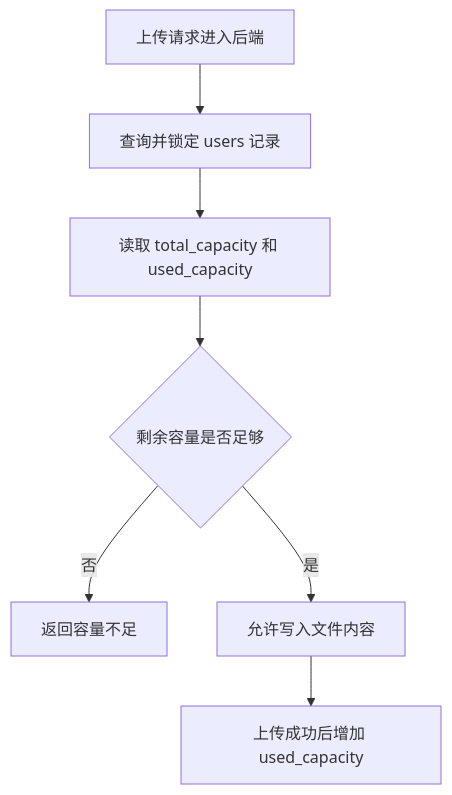
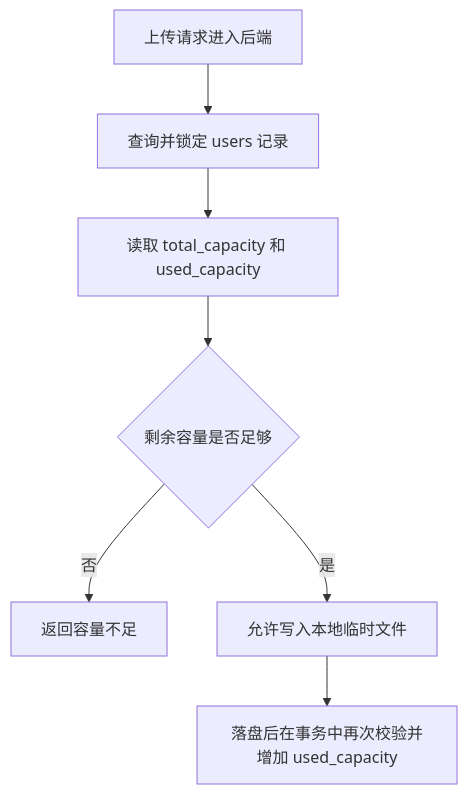
Diagram 16 of 35 in 详细设计-流程图与类图.md (CNGM222/mycloud), drawn with Mermaid before and after one commit. The commit also changed other lines of this file and 56 other files, not shown here.

````diff
--- a/详细设计-流程图与类图.md
+++ b/详细设计-流程图与类图.md
@@ -390,9 +409,9 @@
 ```mermaid
 flowchart TD
     A[上传请求进入后端] --> B[查询并锁定 users 记录]
     B --> C[读取 total_capacity 和 used_capacity]
     C --> D{剩余容量是否足够}
     D -->|否| E[返回容量不足]
-    D -->|是| F[允许写入文件内容]
-    F --> G[上传成功后增加 used_capacity]
+    D -->|是| F[允许写入本地临时文件]
+    F --> G[落盘后在事务中再次校验并增加 used_capacity]
 ```
````
